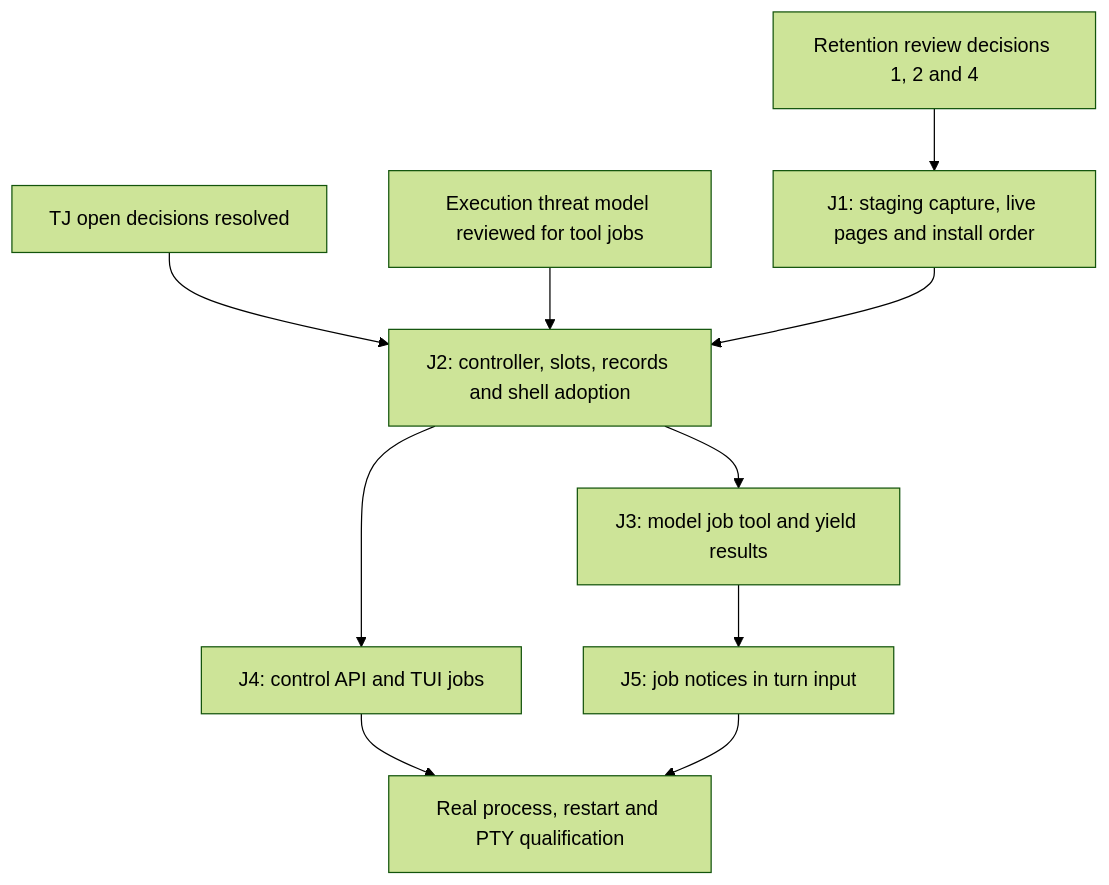
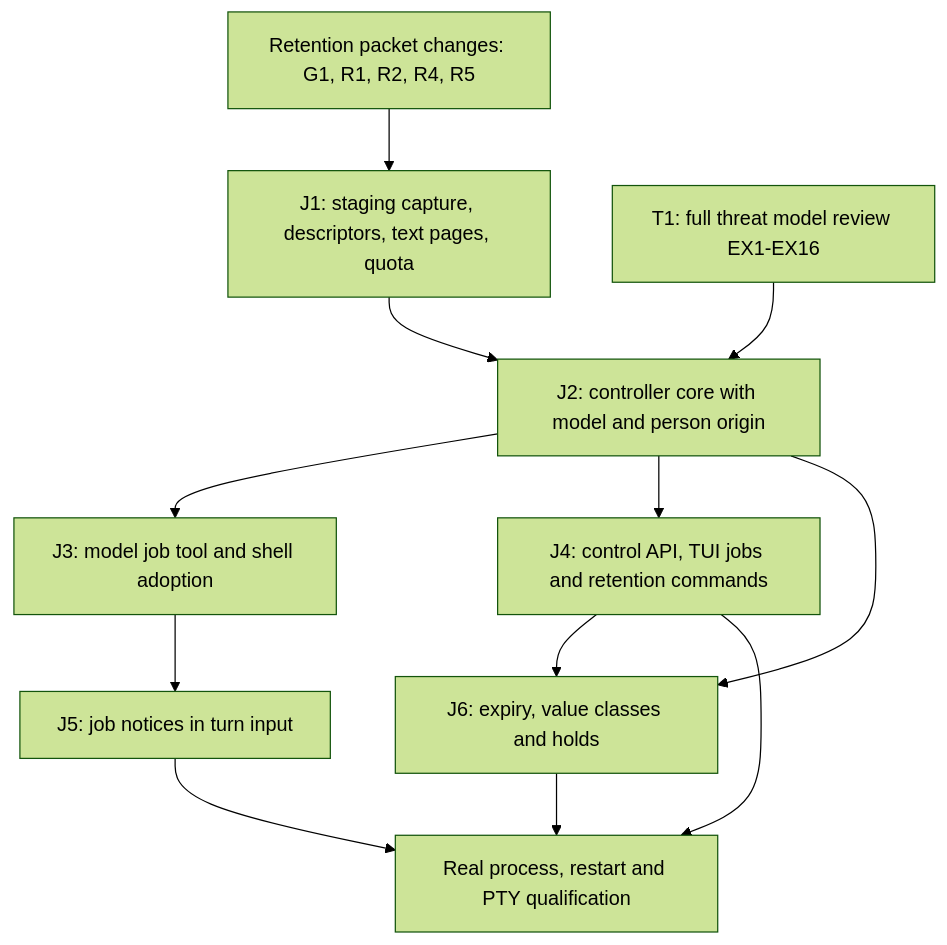
The sixth of 6 diagrams in docs/designs/tool-job-controller.md (pidster/asura), drawn with Mermaid (forest theme) before and after one commit. The commit also changed other lines of this file and 6 other files, not shown here.

First line of the commit message:
Resolve the tool job controller's blocking decisions

````diff
--- a/docs/designs/tool-job-controller.md
+++ b/docs/designs/tool-job-controller.md
@@ -664,12 +869,14 @@
 ```mermaid
 flowchart TD
-    RG[Retention review decisions 1, 2 and 4] --> J1[J1: staging capture, live pages and install order]
-    Rev[TJ open decisions resolved] --> J2[J2: controller, slots, records and shell adoption]
-    TM[Execution threat model reviewed for tool jobs] --> J2
+    RP[Retention packet changes: G1, R1, R2, R4, R5] --> J1[J1: staging capture, descriptors, text pages, quota]
+    TM[T1: full threat model review EX1-EX16] --> J2[J2: controller core with model and person origin]
     J1 --> J2
-    J2 --> J3[J3: model job tool and yield results]
-    J2 --> J4[J4: control API and TUI jobs]
+    J2 --> J3[J3: model job tool and shell adoption]
+    J2 --> J4[J4: control API, TUI jobs and retention commands]
+    J2 --> J6[J6: expiry, value classes and holds]
     J3 --> J5[J5: job notices in turn input]
+    J4 --> J6
     J4 --> Q[Real process, restart and PTY qualification]
     J5 --> Q
+    J6 --> Q
 ```
````
